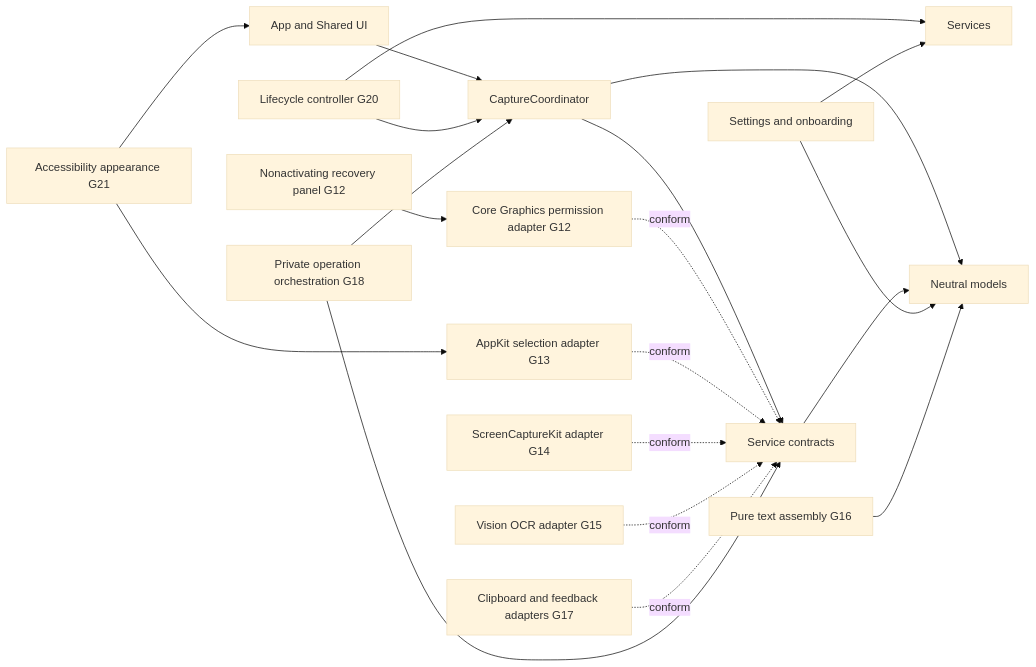
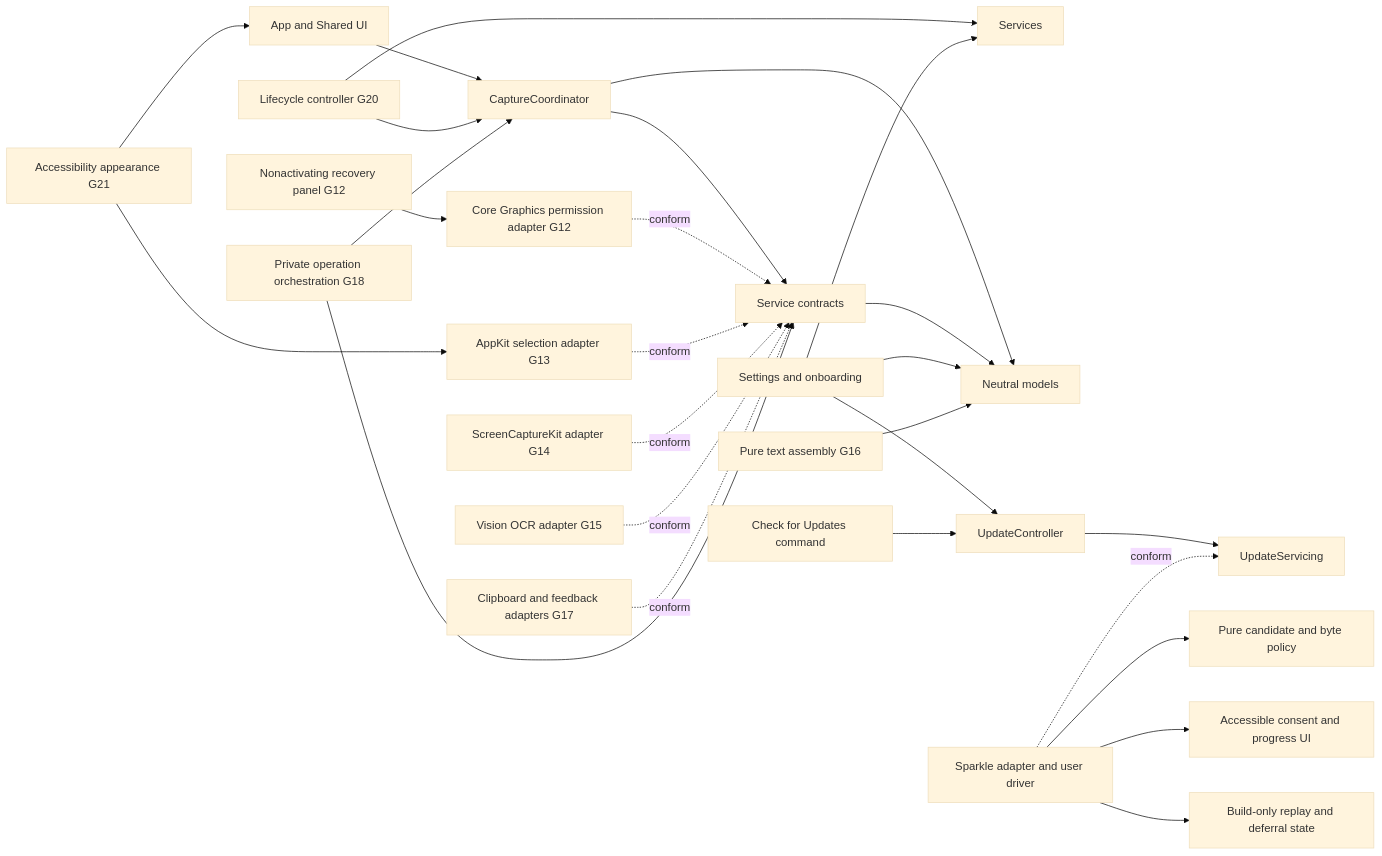
Before and after one commit to bennetthilberg/copylasso: the first of 2 diagrams in docs/architecture/overview.md, drawn with Mermaid (base theme). The commit also changed other lines of this file and 57 other files, not shown here.

````diff
--- a/docs/architecture/overview.md
+++ b/docs/architecture/overview.md
@@ -7,22 +7,29 @@
 ```mermaid
 flowchart LR
   App["App and Shared UI"] --> Coordinator["CaptureCoordinator"]
   Appearance["Accessibility appearance G21"] --> App
   Appearance --> Selection
   Lifecycle["Lifecycle controller G20"] --> Coordinator
   Lifecycle --> Services
   Coordinator --> Contracts["Service contracts"]
   Coordinator --> Models["Neutral models"]
   Contracts --> Models
   Settings["Settings and onboarding"] --> Services
   Settings --> Models
+  Settings --> Updates["UpdateController"]
+  UpdateMenu["Check for Updates command"] --> Updates
+  Updates --> UpdateBoundary["UpdateServicing"]
+  Sparkle["Sparkle adapter and user driver"] -. conform .-> UpdateBoundary
+  Sparkle --> UpdatePolicy["Pure candidate and byte policy"]
+  Sparkle --> UpdateUI["Accessible consent and progress UI"]
+  Sparkle --> UpdateState["Build-only replay and deferral state"]
   Permission["Core Graphics permission adapter G12"] -. conform .-> Contracts
   Recovery["Nonactivating recovery panel G12"] --> Permission
   Selection["AppKit selection adapter G13"] -. conform .-> Contracts
   Capture["ScreenCaptureKit adapter G14"] -. conform .-> Contracts
   OCR["Vision OCR adapter G15"] -. conform .-> Contracts
   Format["Pure text assembly G16"] --> Models
   Output["Clipboard and feedback adapters G17"] -. conform .-> Contracts
   Workflow["Private operation orchestration G18"] --> Contracts
   Workflow --> Coordinator
 ```
````
